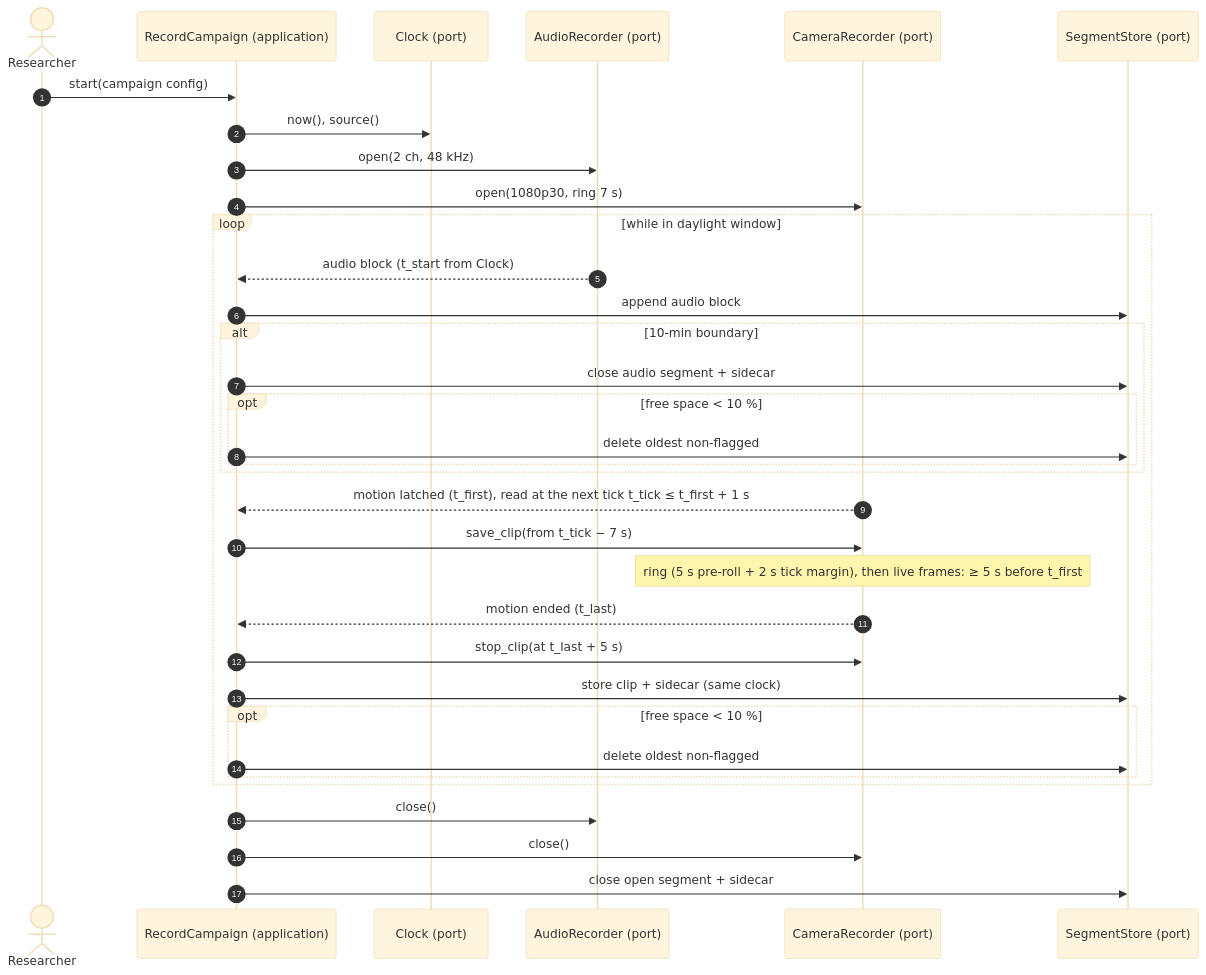
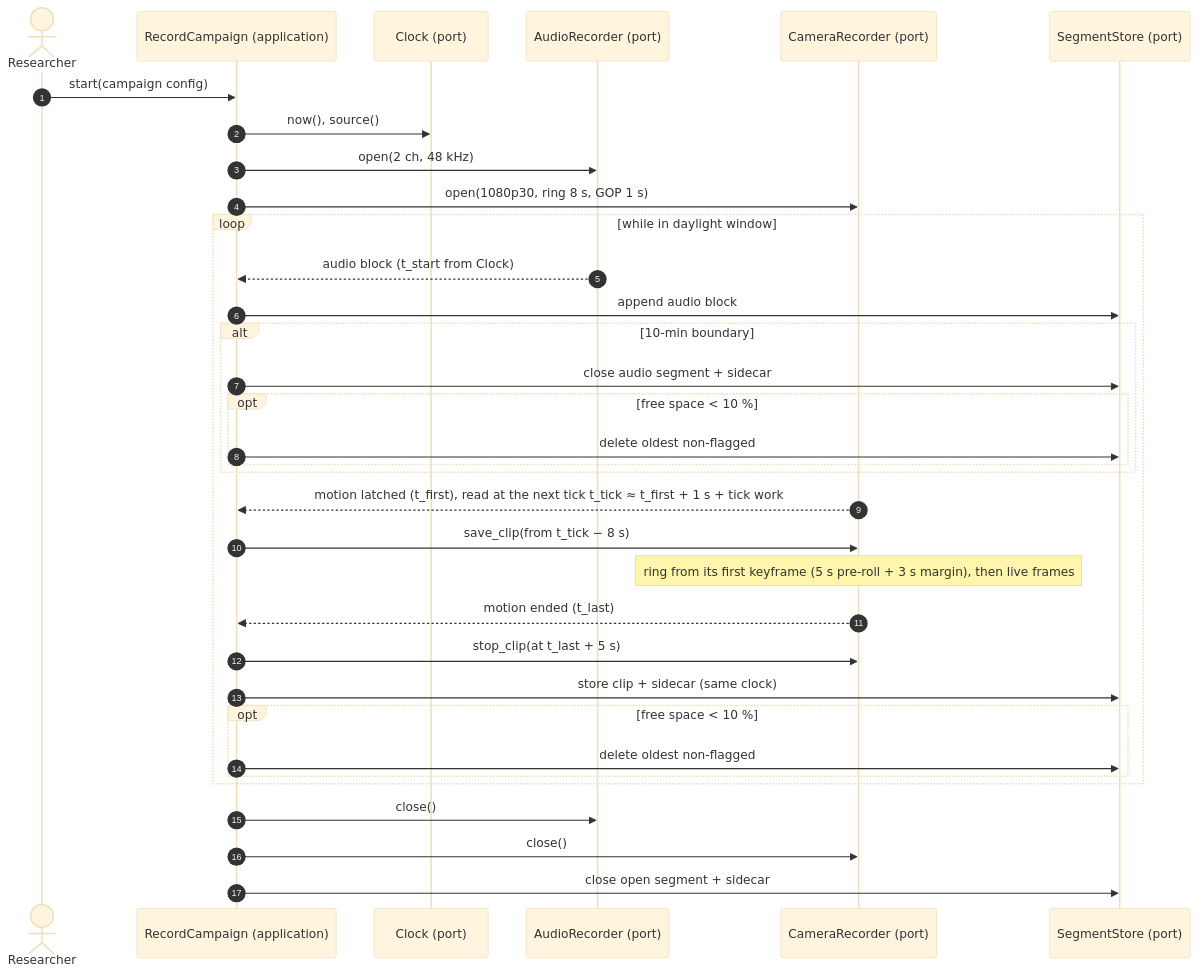
One commit to benoit-bremaud/aristech changed the diagram in docs/architecture/diagrams/capture-rig/02-sequence-recording.md. Above: the diagram before and after it, drawn with Mermaid (base theme). The commit also changed 8 other files, not shown here.

Commit message:
fix(capture): budget the pre-roll margin for the keyframe and pin a 1 s GOP

````diff
--- a/docs/architecture/diagrams/capture-rig/02-sequence-recording.md
+++ b/docs/architecture/diagrams/capture-rig/02-sequence-recording.md
@@ -14,37 +14,37 @@
 ```mermaid
 sequenceDiagram
     autonumber
     actor R as Researcher
     participant UC as RecordCampaign (application)
     participant CK as Clock (port)
     participant AU as AudioRecorder (port)
     participant CA as CameraRecorder (port)
     participant ST as SegmentStore (port)
 
     R->>UC: start(campaign config)
     UC->>CK: now(), source()
     UC->>AU: open(2 ch, 48 kHz)
-    UC->>CA: open(1080p30, ring 7 s)
+    UC->>CA: open(1080p30, ring 8 s, GOP 1 s)
     loop while in daylight window
         AU-->>UC: audio block (t_start from Clock)
         UC->>ST: append audio block
         alt 10-min boundary
             UC->>ST: close audio segment + sidecar
             opt free space < 10 %
                 UC->>ST: delete oldest non-flagged
             end
         end
-        CA-->>UC: motion latched (t_first), read at the next tick t_tick ≤ t_first + 1 s
-        UC->>CA: save_clip(from t_tick − 7 s)
-        Note over CA: ring (5 s pre-roll + 2 s tick margin), then live frames: ≥ 5 s before t_first
+        CA-->>UC: motion latched (t_first), read at the next tick t_tick ≈ t_first + 1 s + tick work
+        UC->>CA: save_clip(from t_tick − 8 s)
+        Note over CA: ring from its first keyframe (5 s pre-roll + 3 s margin), then live frames
         CA-->>UC: motion ended (t_last)
         UC->>CA: stop_clip(at t_last + 5 s)
         UC->>ST: store clip + sidecar (same clock)
         opt free space < 10 %
             UC->>ST: delete oldest non-flagged
         end
     end
     UC->>AU: close()
     UC->>CA: close()
     UC->>ST: close open segment + sidecar
 ```
````
